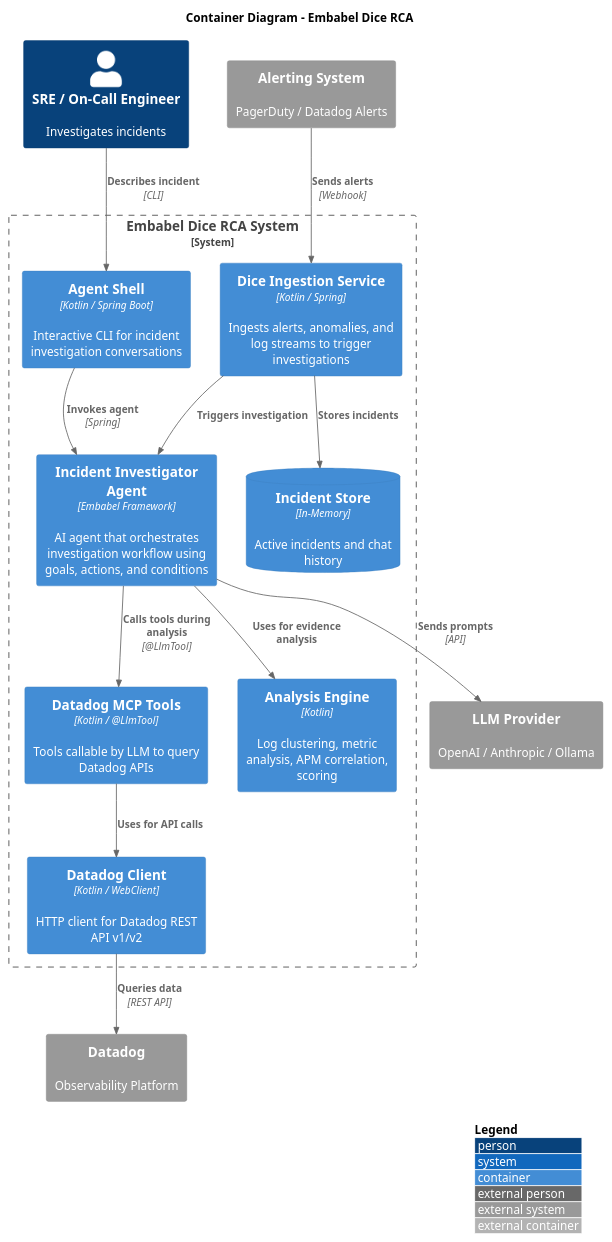
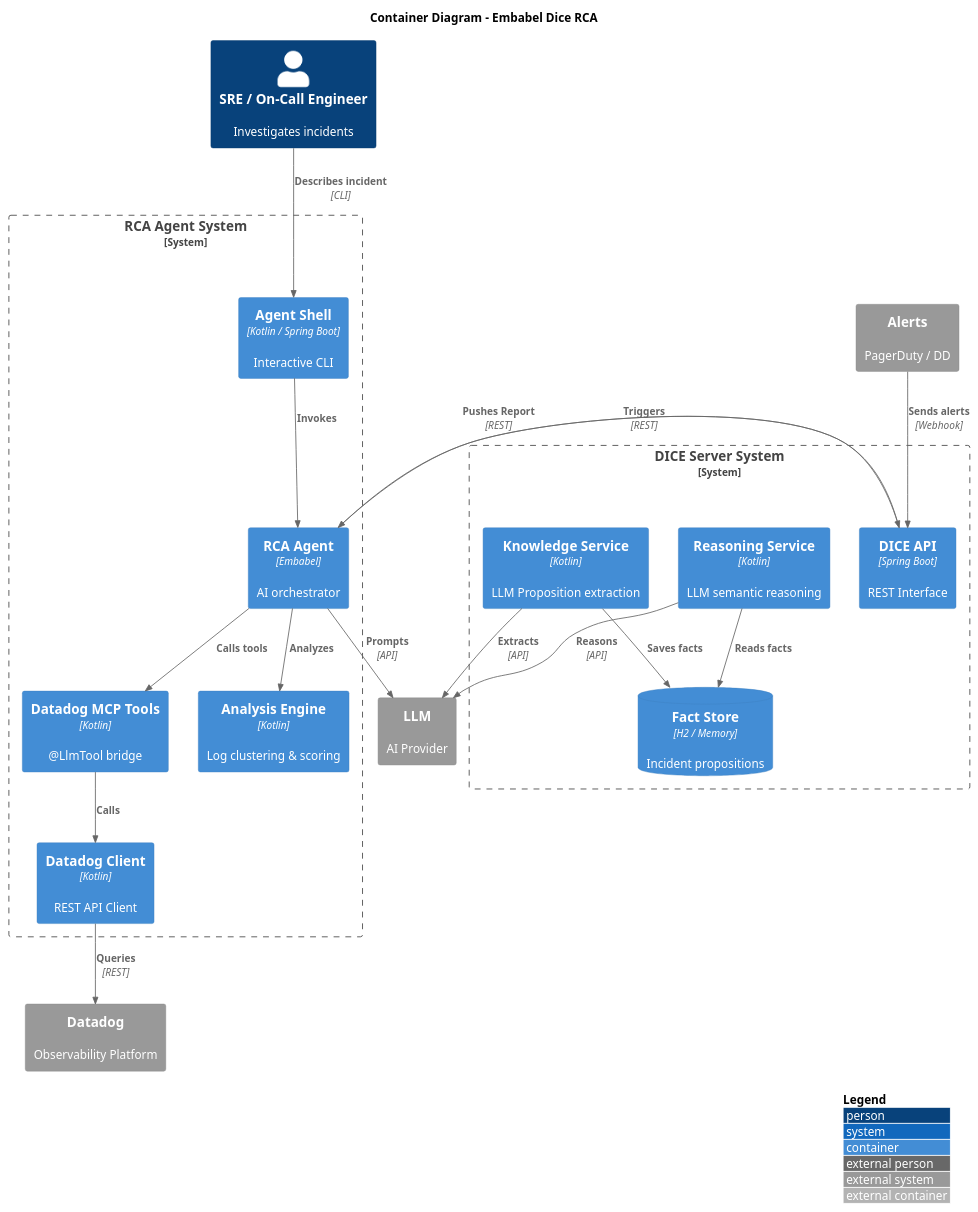
One commit to menkelabs/datadog-drilldown changed the diagram in embabel-dice-rca/docs/architecture/c4-container.puml. Above: the diagram before and after it, drawn with PlantUML. The commit also changed 90 other files, not shown here.

First line of the commit message:
Refactor project to Kotlin/Spring Boot architecture

```diff
--- a/embabel-dice-rca/docs/architecture/c4-container.puml
+++ b/embabel-dice-rca/docs/architecture/c4-container.puml
@@ -1,44 +1,47 @@
 @startuml C4_Container
 !include https://raw.githubusercontent.com/plantuml-stdlib/C4-PlantUML/master/C4_Container.puml
 
 LAYOUT_WITH_LEGEND()
 
 title Container Diagram - Embabel Dice RCA
 
 Person(sre, "SRE / On-Call Engineer", "Investigates incidents")
 
-System_Boundary(rca_system, "Embabel Dice RCA System") {
-    Container(shell, "Agent Shell", "Kotlin / Spring Boot", "Interactive CLI for incident investigation conversations")
-    
-    Container(embabel_agent, "Incident Investigator Agent", "Embabel Framework", "AI agent that orchestrates investigation workflow using goals, actions, and conditions")
-    
-    Container(mcp_tools, "Datadog MCP Tools", "Kotlin / @LlmTool", "Tools callable by LLM to query Datadog APIs")
-    
-    Container(dice_ingestion, "Dice Ingestion Service", "Kotlin / Spring", "Ingests alerts, anomalies, and log streams to trigger investigations")
-    
-    Container(datadog_client, "Datadog Client", "Kotlin / WebClient", "HTTP client for Datadog REST API v1/v2")
-    
-    Container(analysis_engine, "Analysis Engine", "Kotlin", "Log clustering, metric analysis, APM correlation, scoring")
-    
-    ContainerDb(incident_store, "Incident Store", "In-Memory", "Active incidents and chat history")
+System_Boundary(rcaAgentSys, "RCA Agent System") {
+    Container(shell, "Agent Shell", "Kotlin / Spring Boot", "Interactive CLI")
+    Container(agent, "RCA Agent", "Embabel", "AI orchestrator")
+    Container(tools, "Datadog MCP Tools", "Kotlin", "@LlmTool bridge")
+    Container(engine, "Analysis Engine", "Kotlin", "Log clustering & scoring")
+    Container(client, "Datadog Client", "Kotlin", "REST API Client")
+}
+
+System_Boundary(diceServerSys, "DICE Server System") {
+    Container(diceApi, "DICE API", "Spring Boot", "REST Interface")
+    Container(knowledge, "Knowledge Service", "Kotlin", "LLM Proposition extraction")
+    Container(reasoning, "Reasoning Service", "Kotlin", "LLM semantic reasoning")
+    ContainerDb(storage, "Fact Store", "H2 / Memory", "Incident propositions")
 }
 
 System_Ext(datadog, "Datadog", "Observability Platform")
-System_Ext(llm, "LLM Provider", "OpenAI / Anthropic / Ollama")
-System_Ext(alerting, "Alerting System", "PagerDuty / Datadog Alerts")
+System_Ext(llm, "LLM", "AI Provider")
+System_Ext(alerting, "Alerts", "PagerDuty / DD")
 
 Rel(sre, shell, "Describes incident", "CLI")
-Rel(shell, embabel_agent, "Invokes agent", "Spring")
+Rel(shell, agent, "Invokes", "")
 
-Rel(embabel_agent, mcp_tools, "Calls tools during analysis", "@LlmTool")
-Rel(embabel_agent, llm, "Sends prompts", "API")
-Rel(embabel_agent, analysis_engine, "Uses for evidence analysis", "")
+Rel(agent, tools, "Calls tools", "")
+Rel(agent, llm, "Prompts", "API")
+Rel(agent, engine, "Analyzes", "")
+Rel(agent, diceApi, "Pushes Report", "REST")
 
-Rel(mcp_tools, datadog_client, "Uses for API calls", "")
-Rel(datadog_client, datadog, "Queries data", "REST API")
+Rel(tools, client, "Calls", "")
+Rel(client, datadog, "Queries", "REST")
 
-Rel(alerting, dice_ingestion, "Sends alerts", "Webhook")
-Rel(dice_ingestion, embabel_agent, "Triggers investigation", "")
-Rel(dice_ingestion, incident_store, "Stores incidents", "")
+Rel(alerting, diceApi, "Sends alerts", "Webhook")
+Rel(diceApi, agent, "Triggers", "REST")
+Rel(knowledge, llm, "Extracts", "API")
+Rel(knowledge, storage, "Saves facts", "")
+Rel(reasoning, storage, "Reads facts", "")
+Rel(reasoning, llm, "Reasons", "API")
 
 @enduml
```
